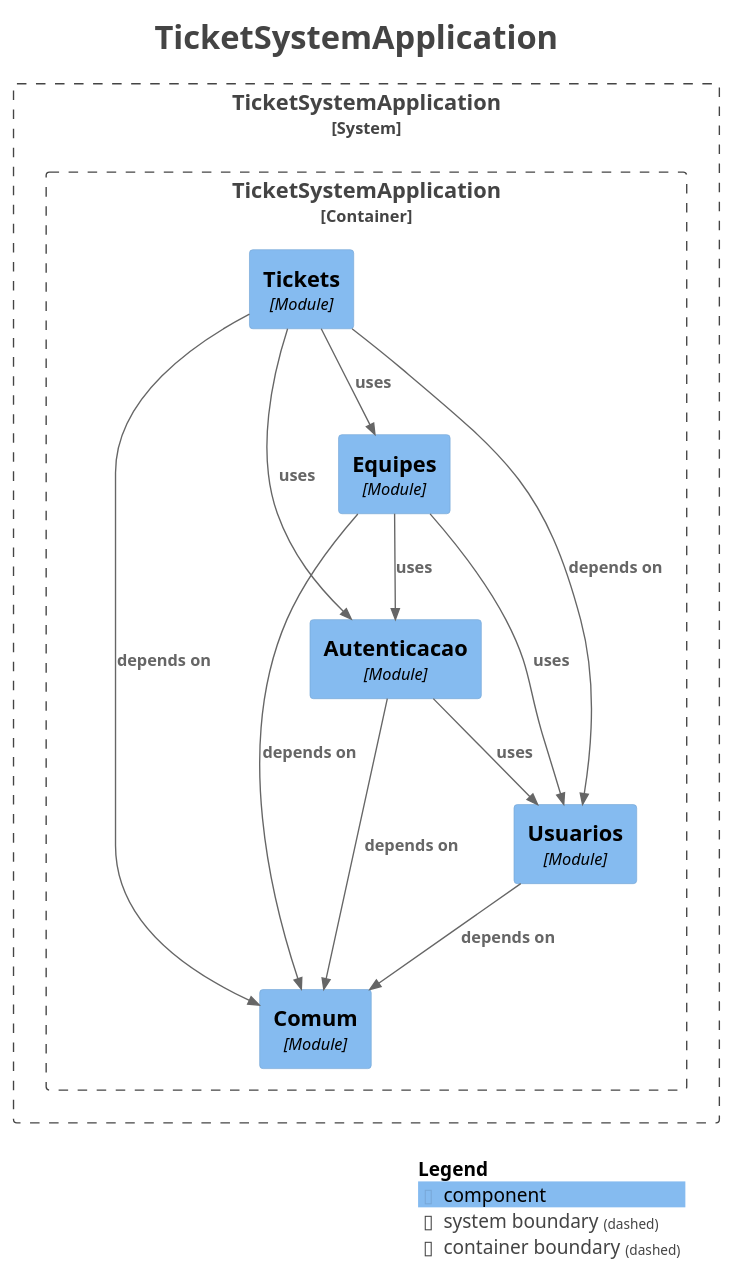
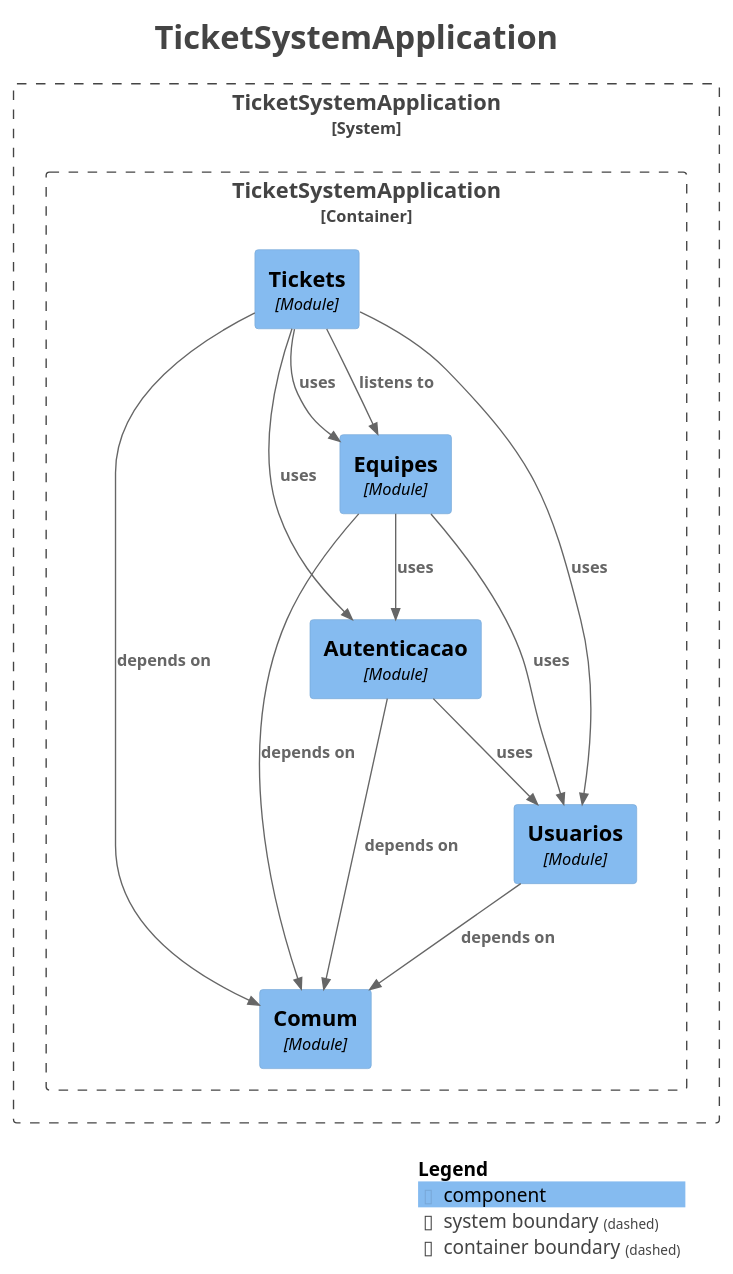
One commit to AnthoniBortolotto/ticket-management-system changed the diagram in docs/modules/components.puml. Above: the diagram before and after it, drawn with PlantUML. The commit also changed 57 other files, not shown here.

```diff
--- a/docs/modules/components.puml
+++ b/docs/modules/components.puml
@@ -1,42 +1,43 @@
 @startuml
 title <size:24>TicketSystemApplication</size>
 
 set separator none
 top to bottom direction
 
 <style>
   root {
     BackgroundColor: #ffffff
     FontColor: #444444
   }
 </style>
 
 !include <C4/C4>
 !include <C4/C4_Context>
 !include <C4/C4_Component>
 
 System_Boundary("TicketSystemApplication_boundary", "TicketSystemApplication", $tags="") {
   Container_Boundary("TicketSystemApplication.TicketSystemApplication_boundary", "TicketSystemApplication", $tags="") {
     Component(TicketSystemApplication.TicketSystemApplication.Tickets, "Tickets", $techn="Module", $descr="", $tags="", $link="")
     Component(TicketSystemApplication.TicketSystemApplication.Comum, "Comum", $techn="Module", $descr="", $tags="", $link="")
     Component(TicketSystemApplication.TicketSystemApplication.Usuarios, "Usuarios", $techn="Module", $descr="", $tags="", $link="")
     Component(TicketSystemApplication.TicketSystemApplication.Autenticacao, "Autenticacao", $techn="Module", $descr="", $tags="", $link="")
     Component(TicketSystemApplication.TicketSystemApplication.Equipes, "Equipes", $techn="Module", $descr="", $tags="", $link="")
   }
 
 }
 
-Rel(TicketSystemApplication.TicketSystemApplication.Usuarios, TicketSystemApplication.TicketSystemApplication.Comum, "depends on", $techn="", $tags="", $link="")
 Rel(TicketSystemApplication.TicketSystemApplication.Equipes, TicketSystemApplication.TicketSystemApplication.Comum, "depends on", $techn="", $tags="", $link="")
 Rel(TicketSystemApplication.TicketSystemApplication.Equipes, TicketSystemApplication.TicketSystemApplication.Usuarios, "uses", $techn="", $tags="", $link="")
 Rel(TicketSystemApplication.TicketSystemApplication.Equipes, TicketSystemApplication.TicketSystemApplication.Autenticacao, "uses", $techn="", $tags="", $link="")
+Rel(TicketSystemApplication.TicketSystemApplication.Tickets, TicketSystemApplication.TicketSystemApplication.Equipes, "listens to", $techn="", $tags="", $link="")
+Rel(TicketSystemApplication.TicketSystemApplication.Tickets, TicketSystemApplication.TicketSystemApplication.Comum, "depends on", $techn="", $tags="", $link="")
+Rel(TicketSystemApplication.TicketSystemApplication.Tickets, TicketSystemApplication.TicketSystemApplication.Equipes, "uses", $techn="", $tags="", $link="")
+Rel(TicketSystemApplication.TicketSystemApplication.Tickets, TicketSystemApplication.TicketSystemApplication.Usuarios, "uses", $techn="", $tags="", $link="")
+Rel(TicketSystemApplication.TicketSystemApplication.Tickets, TicketSystemApplication.TicketSystemApplication.Autenticacao, "uses", $techn="", $tags="", $link="")
+Rel(TicketSystemApplication.TicketSystemApplication.Usuarios, TicketSystemApplication.TicketSystemApplication.Comum, "depends on", $techn="", $tags="", $link="")
 Rel(TicketSystemApplication.TicketSystemApplication.Autenticacao, TicketSystemApplication.TicketSystemApplication.Comum, "depends on", $techn="", $tags="", $link="")
 Rel(TicketSystemApplication.TicketSystemApplication.Autenticacao, TicketSystemApplication.TicketSystemApplication.Usuarios, "uses", $techn="", $tags="", $link="")
-Rel(TicketSystemApplication.TicketSystemApplication.Tickets, TicketSystemApplication.TicketSystemApplication.Comum, "depends on", $techn="", $tags="", $link="")
-Rel(TicketSystemApplication.TicketSystemApplication.Tickets, TicketSystemApplication.TicketSystemApplication.Usuarios, "depends on", $techn="", $tags="", $link="")
-Rel(TicketSystemApplication.TicketSystemApplication.Tickets, TicketSystemApplication.TicketSystemApplication.Equipes, "uses", $techn="", $tags="", $link="")
-Rel(TicketSystemApplication.TicketSystemApplication.Tickets, TicketSystemApplication.TicketSystemApplication.Autenticacao, "uses", $techn="", $tags="", $link="")
 
 SHOW_LEGEND(true)
 hide stereotypes
 @enduml
```
